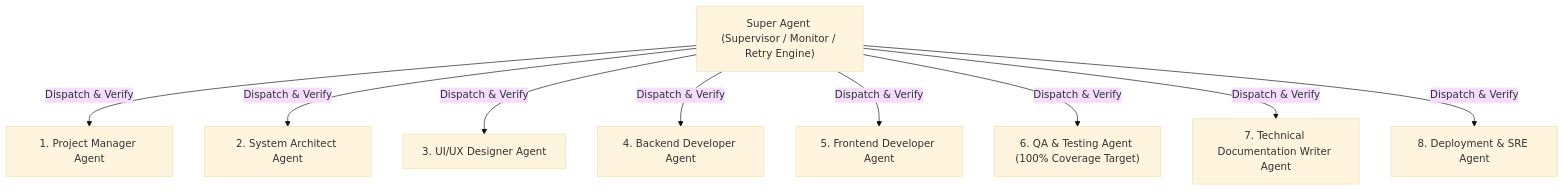
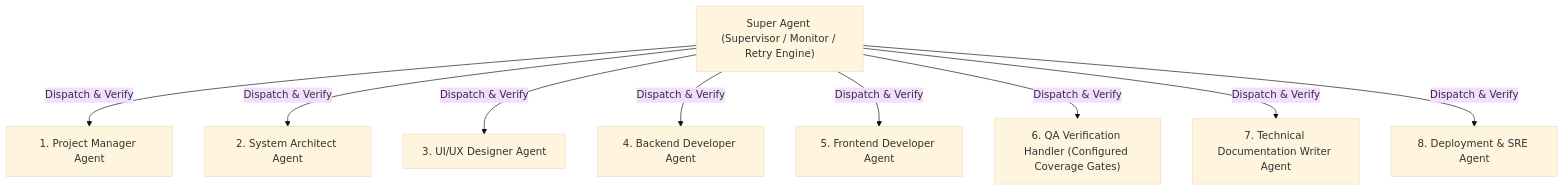
One commit to GeekatplayStudio/clipline changed the diagram in README.md. Above: the diagram before and after it, drawn with Mermaid (base theme). The commit also changed other lines of this file and 85 other files, not shown here.

Commit message:
feat: complete enterprise AI citizen developer governance platform with 3D web, animated charts, readiness cockpit, and tool safety analysis

````diff
--- a/README.md
+++ b/README.md
@@ -80,22 +92,22 @@
 ```mermaid
 graph TD
     SuperAgent["Super Agent (Supervisor / Monitor / Retry Engine)"]
-    
+
     PM["1. Project Manager Agent"]
     Arch["2. System Architect Agent"]
     UI["3. UI/UX Designer Agent"]
     BE["4. Backend Developer Agent"]
     FE["5. Frontend Developer Agent"]
-    QA["6. QA & Testing Agent (100% Coverage Target)"]
+    QA["6. QA Verification Handler (Configured Coverage Gates)"]
     Doc["7. Technical Documentation Writer Agent"]
     Deploy["8. Deployment & SRE Agent"]
 
     SuperAgent -->|Dispatch & Verify| PM
     SuperAgent -->|Dispatch & Verify| Arch
     SuperAgent -->|Dispatch & Verify| UI
     SuperAgent -->|Dispatch & Verify| BE
     SuperAgent -->|Dispatch & Verify| FE
     SuperAgent -->|Dispatch & Verify| QA
     SuperAgent -->|Dispatch & Verify| Doc
     SuperAgent -->|Dispatch & Verify| Deploy
 ```
````
